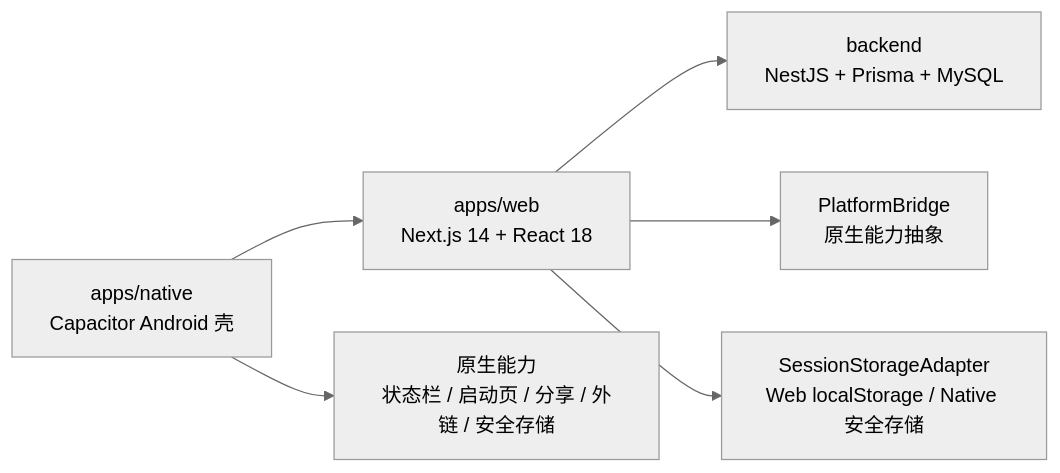
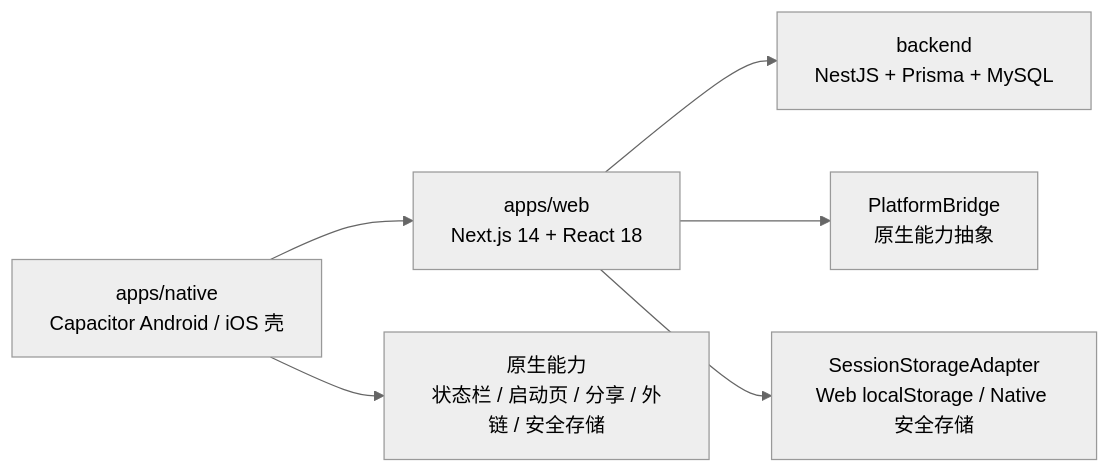
The diagram in README.md (yeyubai/ai), drawn with Mermaid (neutral theme) before and after one commit. The commit also changed other lines of this file and 26 other files, not shown here.

````diff
--- a/README.md
+++ b/README.md
@@ -13,8 +13,8 @@
 ```mermaid
 flowchart LR
     A["apps/web\nNext.js 14 + React 18"] --> B["backend\nNestJS + Prisma + MySQL"]
-    C["apps/native\nCapacitor Android 壳"] --> A
+    C["apps/native\nCapacitor Android / iOS 壳"] --> A
     C --> D["原生能力\n状态栏 / 启动页 / 分享 / 外链 / 安全存储"]
     A --> E["PlatformBridge\n原生能力抽象"]
     A --> F["SessionStorageAdapter\nWeb localStorage / Native 安全存储"]
 ```
````
